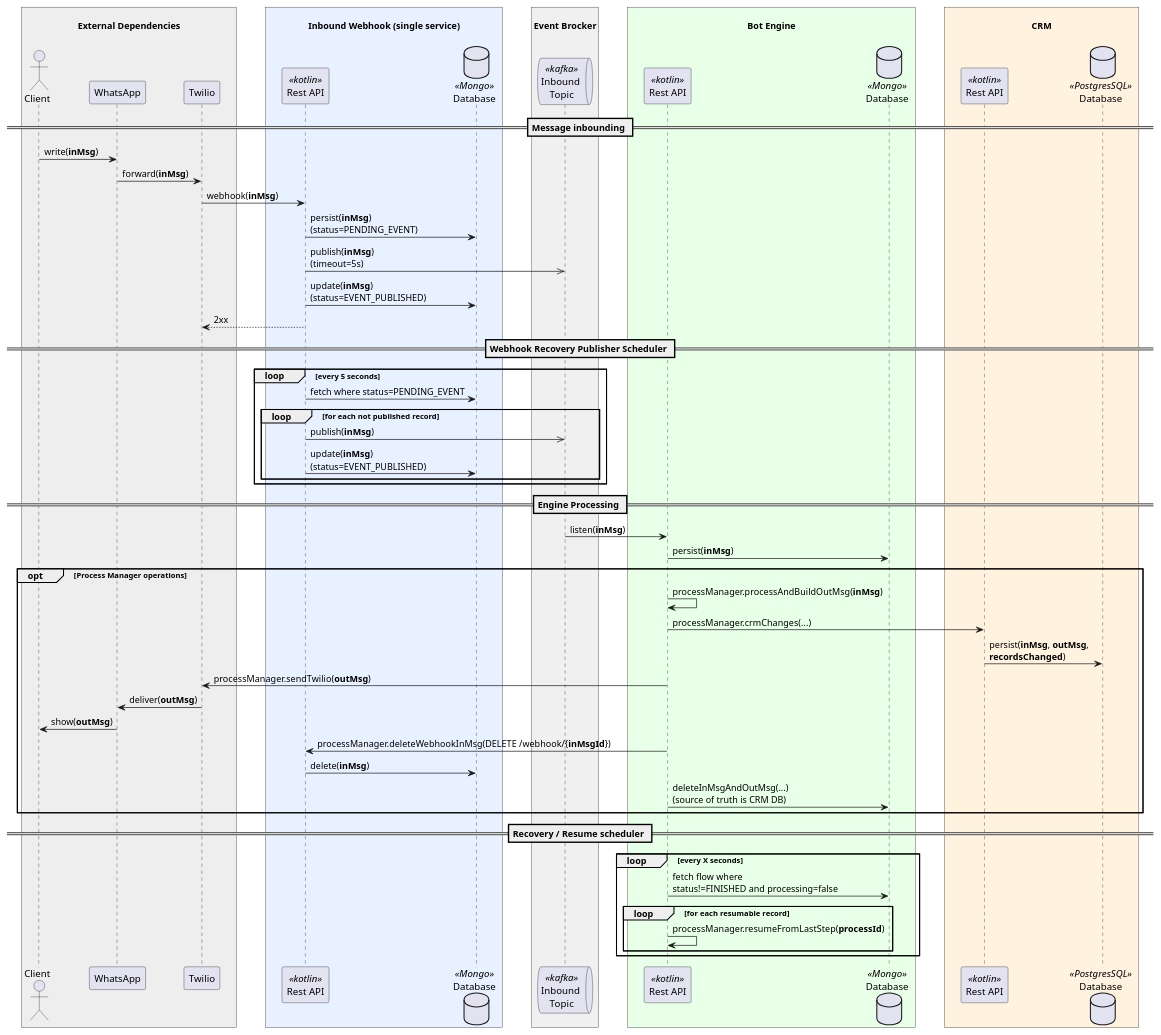
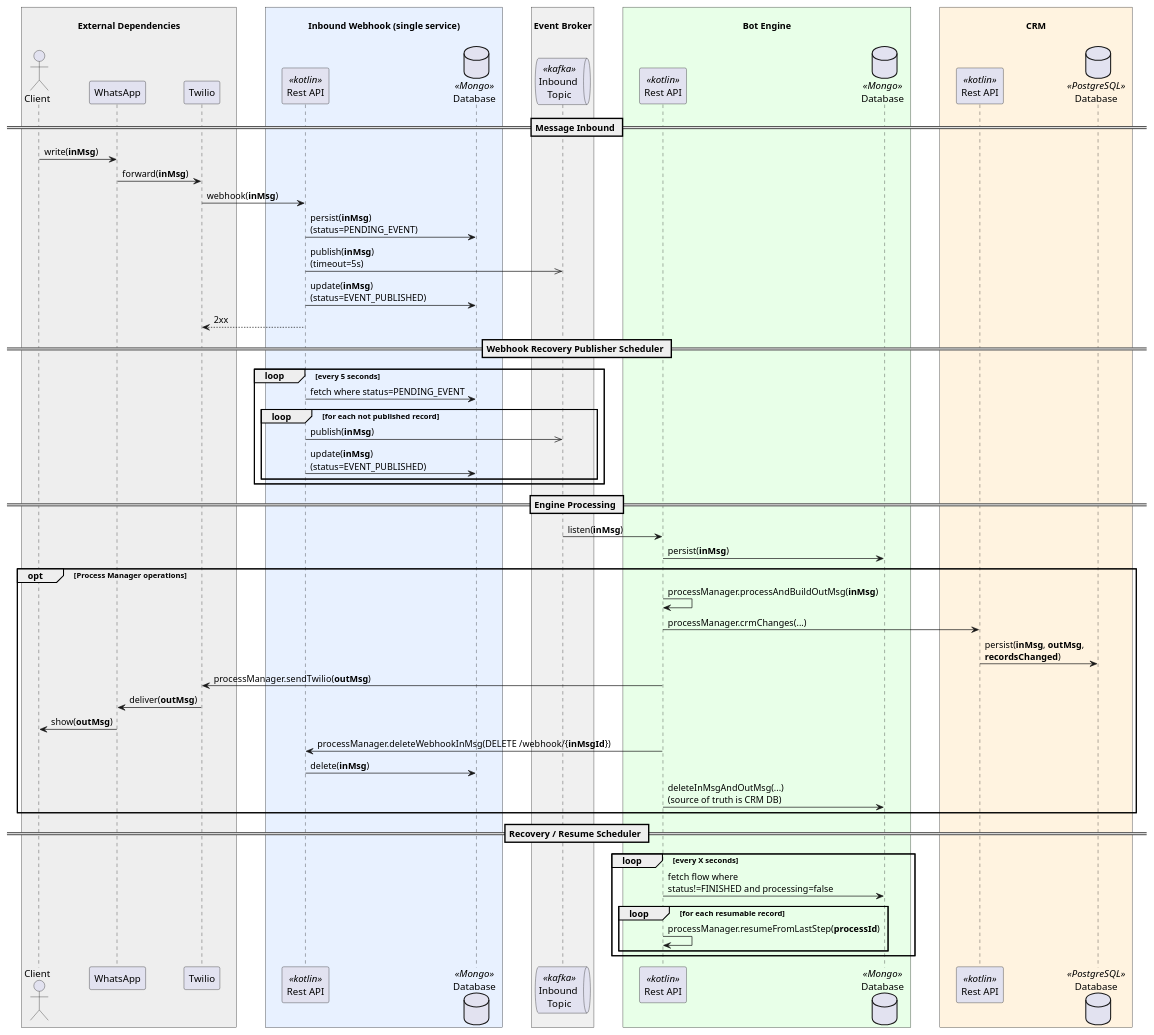
Before and after one commit to luizlab1/crm: the first of 2 diagrams in README.md, drawn with PlantUML. The commit also changed other lines of this file and 2 other files, not shown here.

````diff
--- a/README.md
+++ b/README.md
@@ -23,77 +65,76 @@
 ```plantuml
 @startuml
 skinparam BoxPadding 20
 skinparam ParticipantPadding 20
 
 box "\nExternal Dependencies\n" #EEEEEE
   actor Client as client
   participant "WhatsApp" as whatsapp
   participant "Twilio" as twilio
 end box
 
 box "\nInbound Webhook (single service)\n" #E8F1FF
   participant "Rest API" as webhookApi <<kotlin>>
   database "Database" as webhookInboxDb <<Mongo>>
 end box
 
-box "\nEvent Brocker\n" #F0F0F0
+box "\nEvent Broker\n" #F0F0F0
   queue "Inbound \nTopic" as inboundTopic <<kafka>>
 end box
 
 box "\nBot Engine\n" #E8FFE8
   participant "Rest API" as botApi <<kotlin>>
   database "Database" as botInboxDb <<Mongo>>
 end box
 
 box "\nCRM\n" #FFF3E0
   participant "Rest API" as crmApi <<kotlin>>
-  database "Database" as crmDb <<PostgresSQL>>
+  database "Database" as crmDb <<PostgreSQL>>
 end box
 
-== Message inbounding ==
+== Message Inbound ==
 client -> whatsapp : write(<b>inMsg</b>)
 whatsapp -> twilio : forward(<b>inMsg</b>)
 twilio -> webhookApi : webhook(<b>inMsg</b>)
 
 webhookApi -> webhookInboxDb : persist(<b>inMsg</b>)\n(status=PENDING_EVENT)
 webhookApi ->> inboundTopic : publish(<b>inMsg</b>)\n(timeout=5s)
 webhookApi -> webhookInboxDb : update(<b>inMsg</b>)\n(status=EVENT_PUBLISHED)
 webhookApi --> twilio : 2xx
 
 == Webhook Recovery Publisher Scheduler ==
 loop every 5 seconds
   webhookApi -> webhookInboxDb : fetch where status=PENDING_EVENT
   loop for each not published record
     webhookApi ->> inboundTopic : publish(<b>inMsg</b>)
     webhookApi -> webhookInboxDb : update(<b>inMsg</b>)\n(status=EVENT_PUBLISHED)
   end
 end
 
 == Engine Processing ==
 botApi <- inboundTopic : listen(<b>inMsg</b>)
 botApi -> botInboxDb : persist(<b>inMsg</b>)
 
 opt Process Manager operations
   botApi -> botApi : processManager.processAndBuildOutMsg(<b>inMsg</b>)
   botApi -> crmApi : processManager.crmChanges(...)
   crmApi -> crmDb : persist(<b>inMsg</b>, <b>outMsg</b>, \n<b>recordsChanged</b>)
   botApi -> twilio : processManager.sendTwilio(<b>outMsg</b>)
   twilio -> whatsapp : deliver(<b>outMsg</b>)
   whatsapp -> client : show(<b>outMsg</b>)
 
   botApi -> webhookApi : processManager.deleteWebhookInMsg(DELETE /webhook/{<b>inMsgId</b>})
   webhookApi -> webhookInboxDb : delete(<b>inMsg</b>)
 
   botApi -> botInboxDb : deleteInMsgAndOutMsg(...)\n(source of truth is CRM DB)
 end
 
-== Recovery / Resume scheduler ==
+== Recovery / Resume Scheduler ==
 loop every X seconds
   botApi -> botInboxDb : fetch flow where\nstatus!=FINISHED and processing=false
   loop for each resumable record
     botApi -> botApi : processManager.resumeFromLastStep(<b>processId</b>)
   end
 end
-
 @enduml
 ```
````
